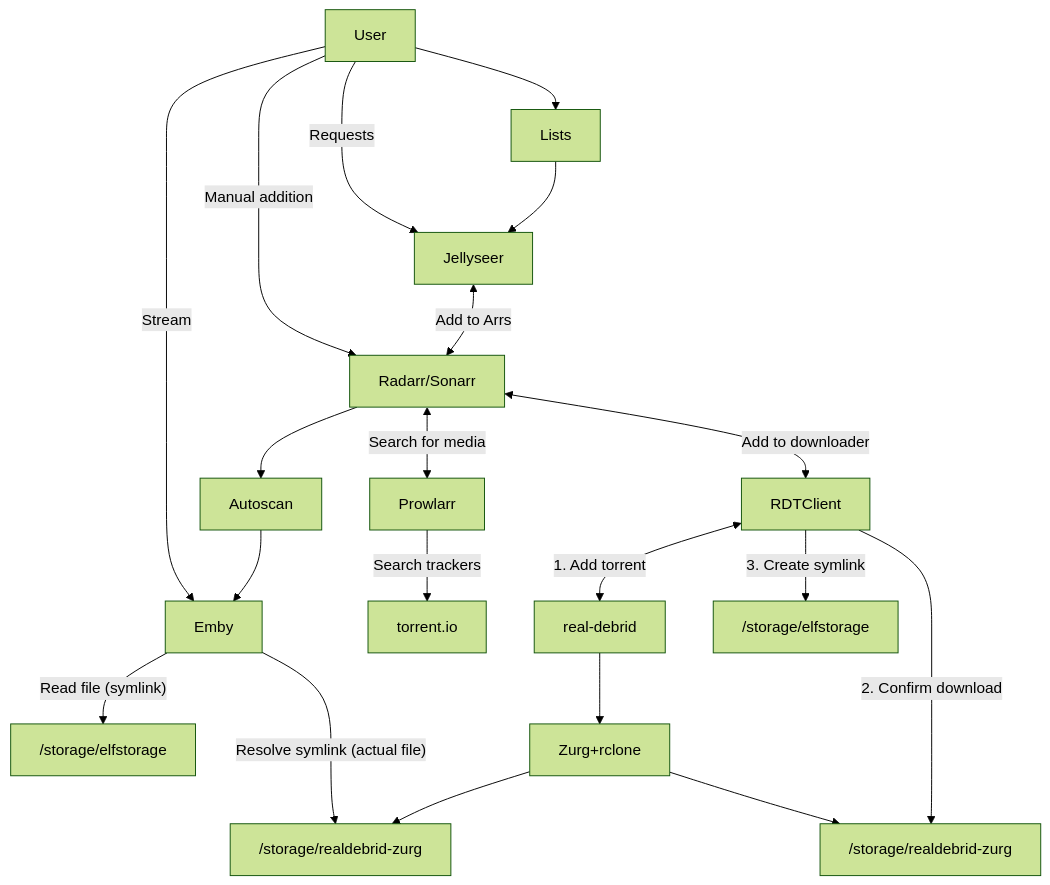
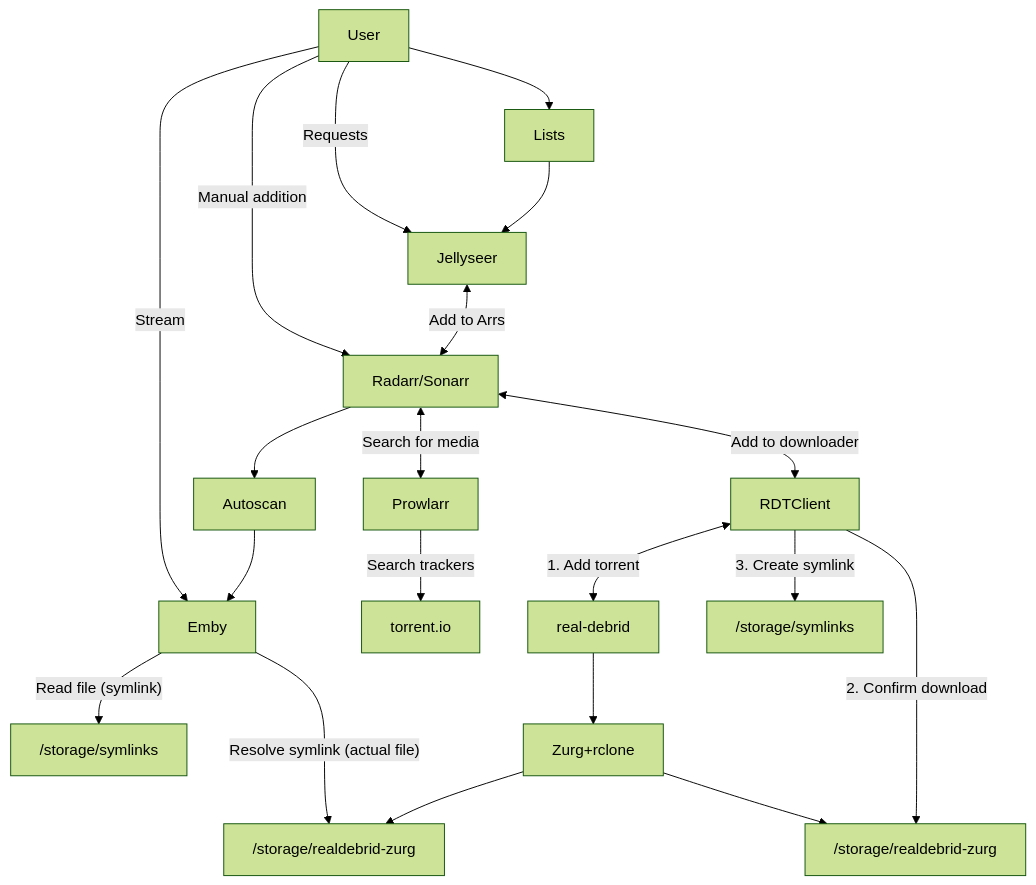
Before and after one commit to elfhosted/elfhosted.com: the diagram in docs/guides/media/stream-from-real-debrid-with-emby-radarr-sonarr-prowlarr.md, drawn with Mermaid (forest theme). The commit also changed other lines of this file and 3 other files, not shown here.

````diff
--- a/docs/guides/media/stream-from-real-debrid-with-emby-radarr-sonarr-prowlarr.md
+++ b/docs/guides/media/stream-from-real-debrid-with-emby-radarr-sonarr-prowlarr.md
@@ -37,29 +37,29 @@
 ```mermaid
 flowchart TD
     Z[fa:fa-user User] --> |Stream|K
     Z[fa:fa-user User] --> A
     Z[User]--> |Manual addition|D
     Z[User]--> |Requests|C
     A[Lists] --> C[Jellyseer]
     C <--> |Add to Arrs|D[Radarr/Sonarr]
     D --> R[Autoscan]
     D <--> |Search for media|E[Prowlarr]
     D <--> |Add to downloader|G[RDTClient]
     E --> |Search trackers|F[torrent.io]
     G <--> |1. Add torrent|H[real-debrid]
 
     R[Autoscan] --> K[Emby] 
 
-    K[Emby] --> |"Read file (symlink)"|L["/storage/elfstorage"]
+    K[Emby] --> |"Read file (symlink)"|L["/storage/symlinks"]
 
     K[Emby] --> |"Resolve symlink (actual file)"|J["/storage/realdebrid-zurg"]
     %% G --> |Confirm download|J
 
-    G[RDTClient] --> |3. Create symlink|P["/storage/elfstorage"]
+    G[RDTClient] --> |3. Create symlink|P["/storage/symlinks"]
 
     H --> Q[Zurg+rclone]
     Q --> J
 
     Q --> O
     G[RDTClient] --> |2. Confirm download|O["/storage/realdebrid-zurg"]
 ```
````
